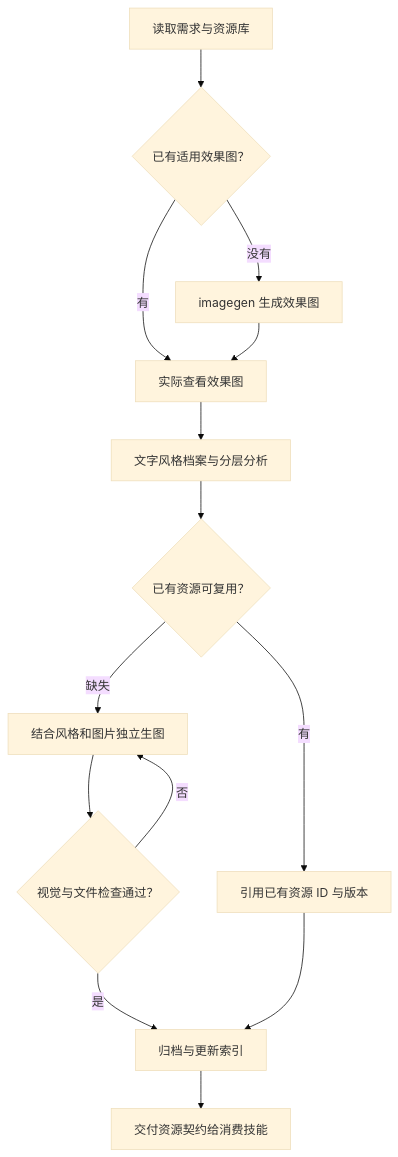
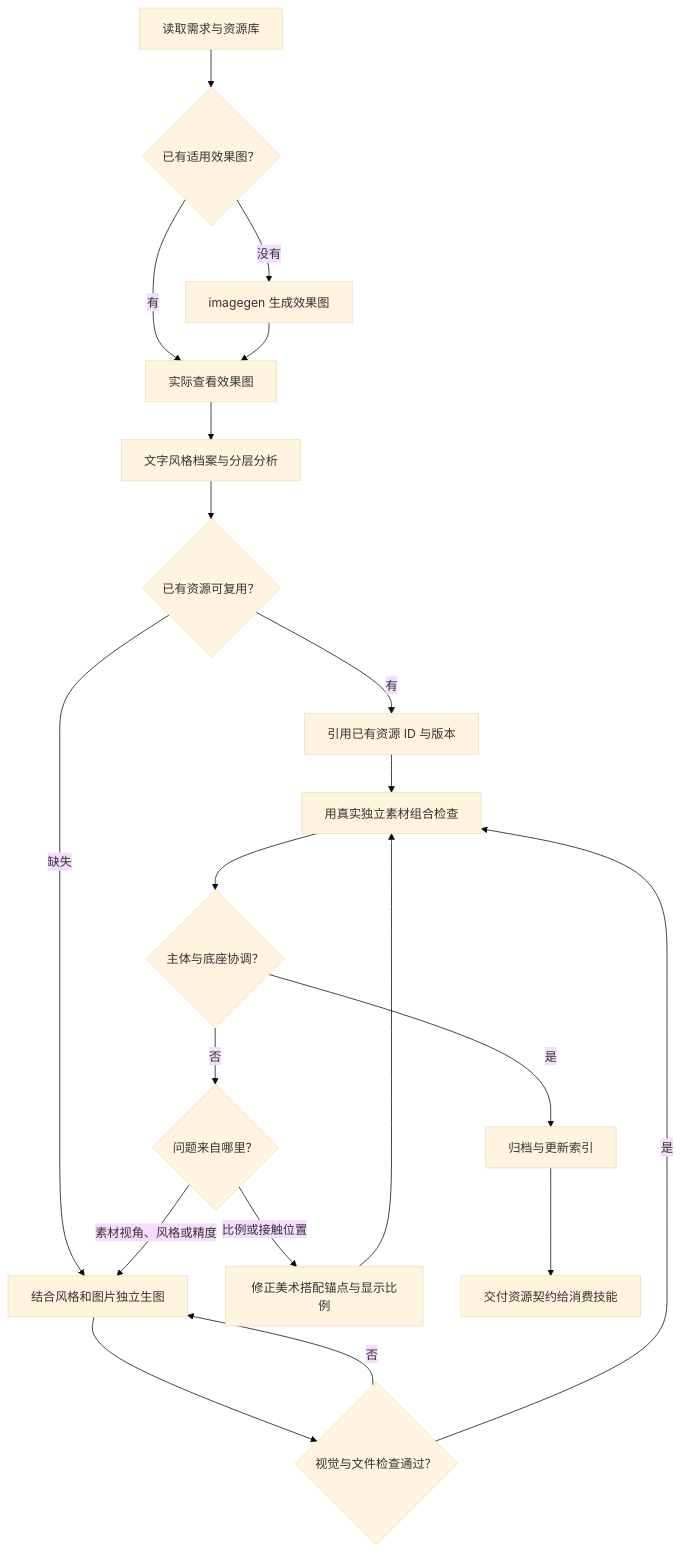
Before and after one commit to 229196637/game-development-skills: the diagram in game-layered-art/SKILL.md, drawn with Mermaid (base theme). The commit also changed other lines of this file and 29 other files, not shown here.

````diff
--- a/game-layered-art/SKILL.md
+++ b/game-layered-art/SKILL.md
@@ -11,21 +11,29 @@
 ```mermaid
 flowchart TD
   A[读取需求与资源库] --> B{已有适用效果图？}
   B -->|没有| C[imagegen 生成效果图]
   B -->|有| D[实际查看效果图]
   C --> D
   D --> E[文字风格档案与分层分析]
   E --> F{已有资源可复用？}
   F -->|有| G[引用已有资源 ID 与版本]
   F -->|缺失| H[结合风格和图片独立生图]
   H --> I{视觉与文件检查通过？}
   I -->|否| H
-  I -->|是| J[归档与更新索引]
-  G --> J
+  I -->|是| P[用真实独立素材组合检查]
+  G --> P
+  P --> Q{主体与底座协调？}
+  Q -->|是| J[归档与更新索引]
+  Q -->|否| R{问题来自哪里？}
+  R -->|比例或接触位置| T[修正美术搭配锚点与显示比例]
+  T --> P
+  R -->|素材视角、风格或精度| H
   J --> K[交付资源契约给消费技能]
   click E "references/style.md"
   click F "references/resources.md"
   click H "references/production.md"
   click J "references/tooling.md"
+  click P "references/pairing.md"
+  click T "references/pairing.md"
   click K "references/resources.md"
 ```
````
